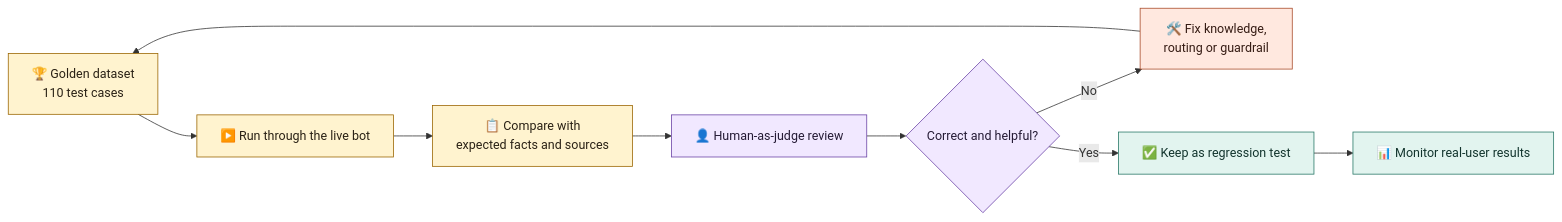
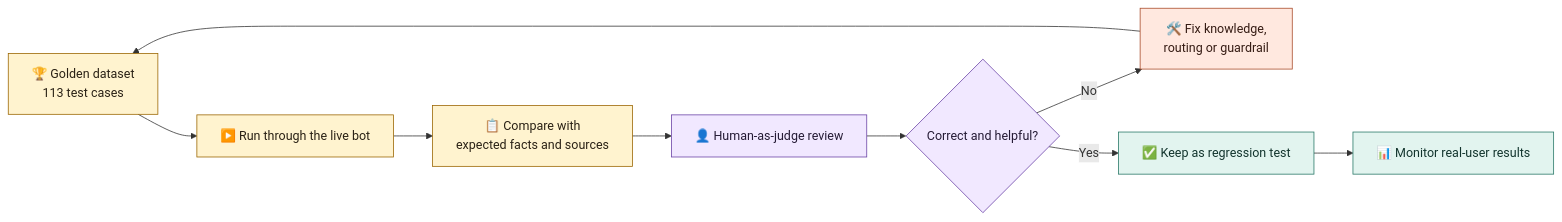
Before and after one commit to robona-pk/portfolio: the second of 2 diagrams in README.md, drawn with Mermaid. The commit also changed other lines of this file and 7 other files, not shown here.

````diff
--- a/README.md
+++ b/README.md
@@ -168,21 +170,21 @@
 ```mermaid
 flowchart LR
-    A["🏆 Golden dataset<br/>110 test cases"] --> B["▶️ Run through the live bot"]
+    A["🏆 Golden dataset<br/>113 test cases"] --> B["▶️ Run through the live bot"]
     B --> C["📋 Compare with<br/>expected facts and sources"]
     C --> D["👤 Human-as-judge review"]
     D --> E{"Correct and helpful?"}
     E -- "No" --> F["🛠️ Fix knowledge,<br/>routing or guardrail"]
     F --> A
     E -- "Yes" --> G["✅ Keep as regression test"]
     G --> H["📊 Monitor real-user results"]
 
     classDef test fill:#fff3cf,stroke:#9a6500,color:#2a2115;
     classDef review fill:#f1e8ff,stroke:#6941a5,color:#251b35;
     classDef improve fill:#ffe8df,stroke:#a84a28,color:#351b13;
     classDef pass fill:#e2f4ef,stroke:#277766,color:#12342d;
 
     class A,B,C test;
     class D,E review;
     class F improve;
     class G,H pass;
 ```
````
